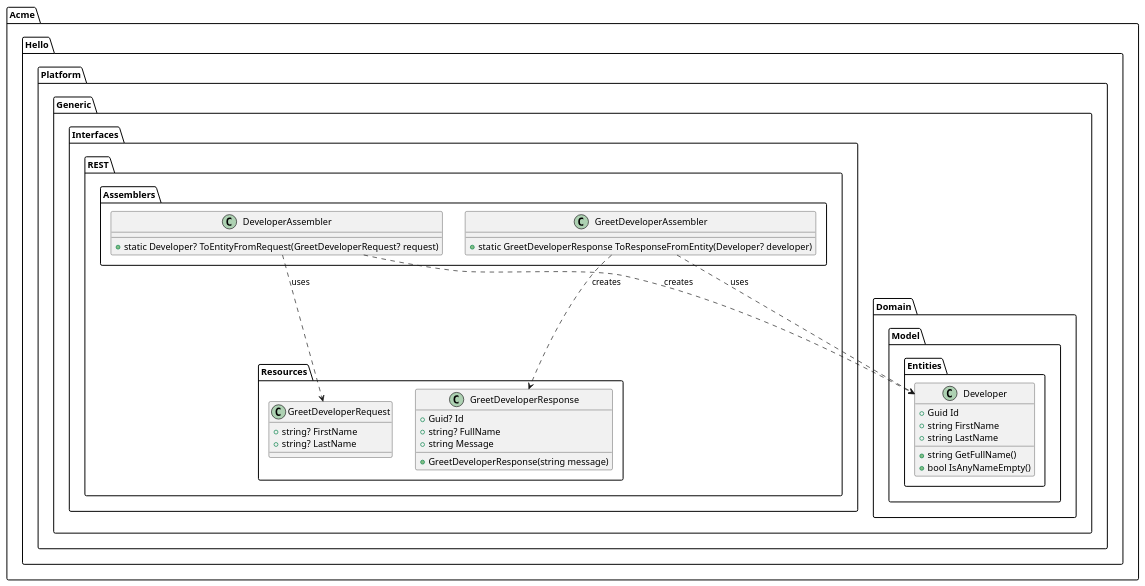
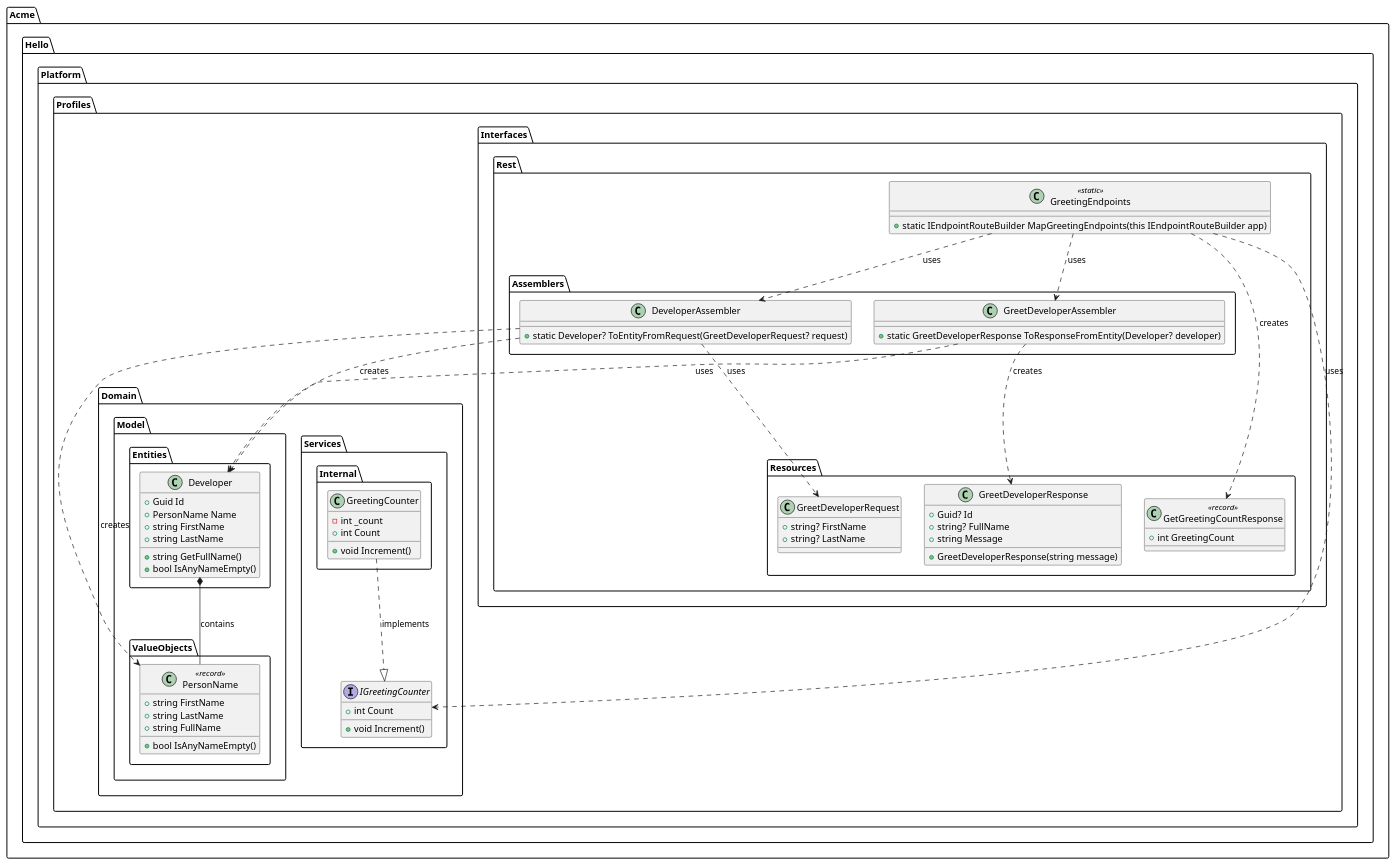
The diagram in docs/class-diagram.puml (upc-pre-202620-1asi0730-8150/hello-asp-net-developer), drawn with PlantUML before and after one commit. The commit also changed 3 other files, not shown here.

Commit message:
docs(architecture): update class diagram and documentation with bounded context structure

```diff
--- a/docs/class-diagram.puml
+++ b/docs/class-diagram.puml
@@ -1,40 +1,83 @@
 @startuml
 
-package "Acme.Hello.Platform.Generic.Domain.Model.Entities" {
+package "Acme.Hello.Platform.Profiles.Domain.Model.ValueObjects" {
+  class PersonName <<record>> {
+    +string FirstName
+    +string LastName
+    +string FullName
+    +bool IsAnyNameEmpty()
+  }
+}
+
+package "Acme.Hello.Platform.Profiles.Domain.Model.Entities" {
   class Developer {
     +Guid Id
+    +PersonName Name
     +string FirstName
     +string LastName
     +string GetFullName()
     +bool IsAnyNameEmpty()
   }
 }
 
-package "Acme.Hello.Platform.Generic.Interfaces.REST.Assemblers" {
+package "Acme.Hello.Platform.Profiles.Domain.Services" {
+  interface IGreetingCounter {
+    +int Count
+    +void Increment()
+  }
+}
+
+package "Acme.Hello.Platform.Profiles.Domain.Services.Internal" {
+  class GreetingCounter {
+    -int _count
+    +int Count
+    +void Increment()
+  }
+}
+
+package "Acme.Hello.Platform.Profiles.Interfaces.Rest.Assemblers" {
   class DeveloperAssembler {
     +static Developer? ToEntityFromRequest(GreetDeveloperRequest? request)
   }
   class GreetDeveloperAssembler {
     +static GreetDeveloperResponse ToResponseFromEntity(Developer? developer)
   }
 }
 
-package "Acme.Hello.Platform.Generic.Interfaces.REST.Resources" {
+package "Acme.Hello.Platform.Profiles.Interfaces.Rest.Resources" {
   class GreetDeveloperRequest {
     +string? FirstName
     +string? LastName
   }
   class GreetDeveloperResponse {
     +Guid? Id
     +string? FullName
     +string Message
     +GreetDeveloperResponse(string message)
   }
+  class GetGreetingCountResponse <<record>> {
+    +int GreetingCount
+  }
 }
+
+package "Acme.Hello.Platform.Profiles.Interfaces.Rest" {
+  class GreetingEndpoints <<static>> {
+    +static IEndpointRouteBuilder MapGreetingEndpoints(this IEndpointRouteBuilder app)
+  }
+}
+
+Developer *-- PersonName : contains
+GreetingCounter ..|> IGreetingCounter : implements
 
 DeveloperAssembler ..> Developer : creates
 DeveloperAssembler ..> GreetDeveloperRequest : uses
+DeveloperAssembler ..> PersonName : creates
 GreetDeveloperAssembler ..> Developer : uses
 GreetDeveloperAssembler ..> GreetDeveloperResponse : creates
 
+GreetingEndpoints ..> IGreetingCounter : uses
+GreetingEndpoints ..> DeveloperAssembler : uses
+GreetingEndpoints ..> GreetDeveloperAssembler : uses
+GreetingEndpoints ..> GetGreetingCountResponse : creates
+
 @enduml
```
